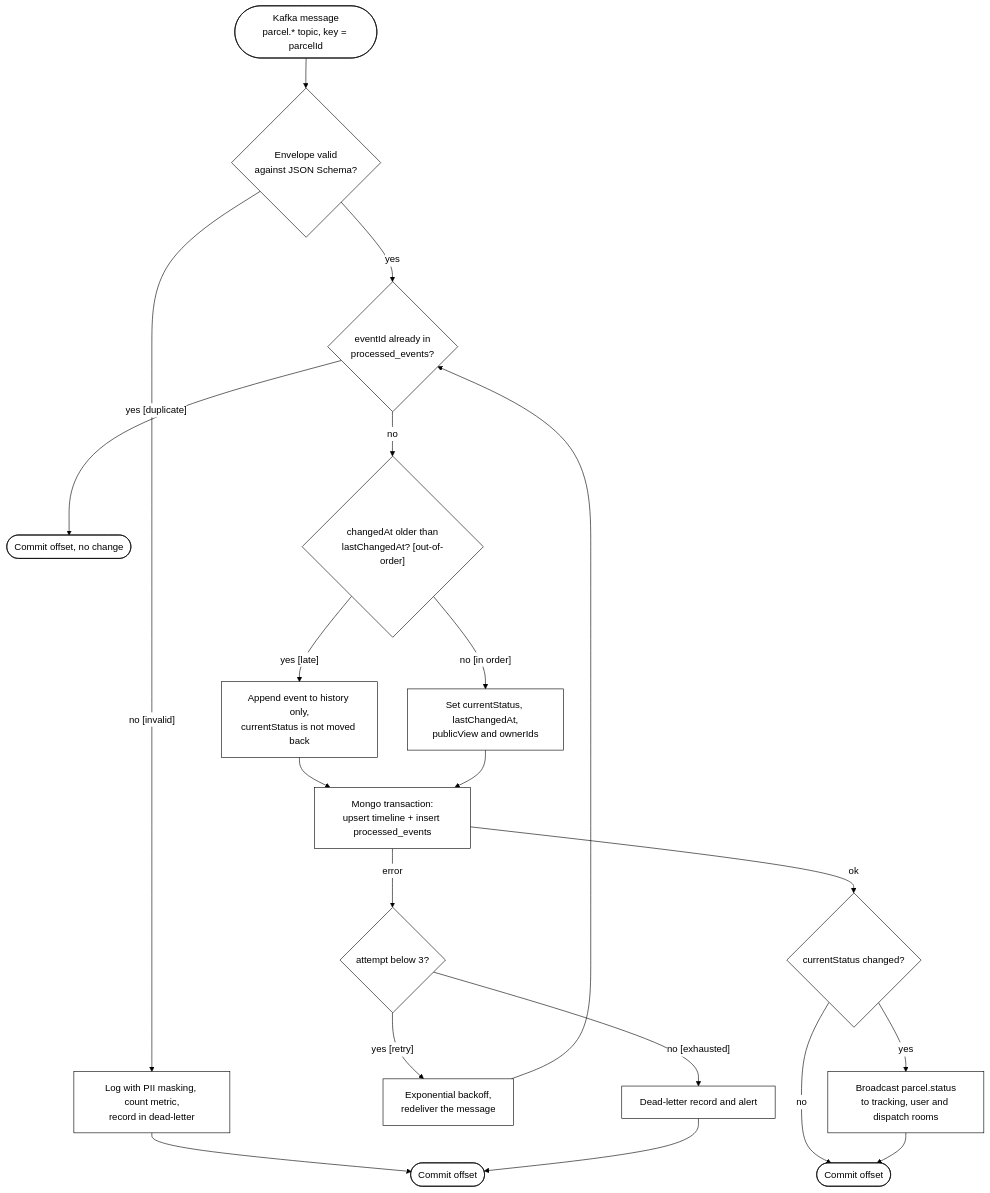
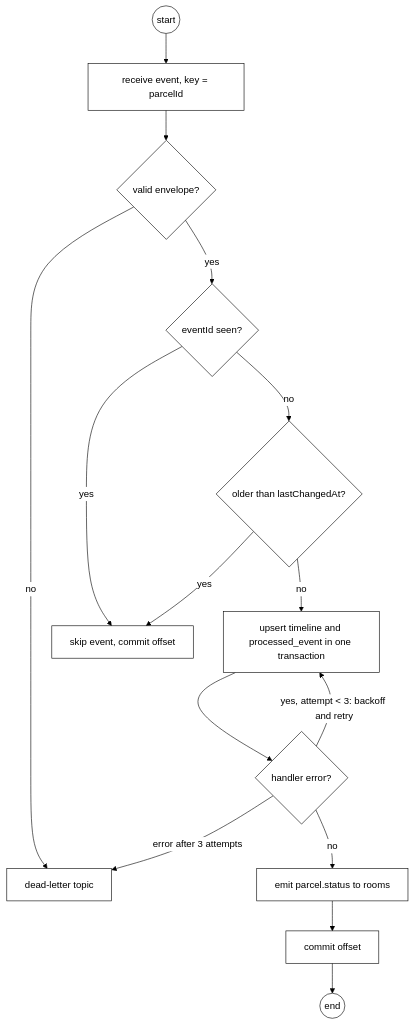
One commit to Pasidu-Mihiranga/SwiftDrop changed the diagram in doc/diagrams/m6-real-time-tracking/activity-m6-event-processing.mmd. Above: the diagram before and after it, drawn with Mermaid. The commit also changed 39 other files, not shown here.

First line of the commit message:
docs(m6): redraw real-time tracking diagrams in the M10 design style

```diff
--- a/doc/diagrams/m6-real-time-tracking/activity-m6-event-processing.mmd
+++ b/doc/diagrams/m6-real-time-tracking/activity-m6-event-processing.mmd
@@ -1,24 +1,18 @@
-%%{init: {"theme":"base","themeVariables":{"background":"#ffffff","mainBkg":"#ffffff","primaryColor":"#ffffff","primaryBorderColor":"#000000","primaryTextColor":"#000000","secondaryColor":"#f2f2f2","tertiaryColor":"#ffffff","lineColor":"#000000","textColor":"#000000","clusterBkg":"#ffffff","clusterBorder":"#000000","titleColor":"#000000","edgeLabelBackground":"#ffffff","fontFamily":"Arial, Helvetica, sans-serif"}}}%%
-%% M6 activity: how one Kafka message becomes a timeline update and a live push.
-%% Idempotent consumer (eventId in processed_events) plus out-of-order guard (lastChangedAt).
-%% Retry and dead-letter steps follow the shared consumer template in libs/node/swiftdrop-common.
+%%{init: {"theme":"base","themeVariables":{"primaryColor":"#ffffff","primaryBorderColor":"#000000","primaryTextColor":"#000000","lineColor":"#000000","background":"#ffffff","fontFamily":"Arial"}}}%%
+%% M6 event-processing activity: one parcel event through the consumer. Editable source for
+%% activity-m6-event-processing.svg / .png (hand-drawn export with swimlanes).
 flowchart TD
-    S(["Kafka message<br/>parcel.* topic, key = parcelId"]) --> V{"Envelope valid<br/>against JSON Schema?"}
-    V -- "no [invalid]" --> BAD["Log with PII masking, count metric,<br/>record in dead-letter"]
-    BAD --> ACK1(["Commit offset"])
-    V -- "yes" --> D{"eventId already in<br/>processed_events?"}
-    D -- "yes [duplicate]" --> ACK2(["Commit offset, no change"])
-    D -- "no" --> O{"changedAt older than<br/>lastChangedAt? [out-of-order]"}
-    O -- "yes [late]" --> APP["Append event to history only,<br/>currentStatus is not moved back"]
-    O -- "no [in order]" --> SET["Set currentStatus, lastChangedAt,<br/>publicView and ownerIds"]
-    APP --> TX
-    SET --> TX["Mongo transaction:<br/>upsert timeline + insert processed_events"]
-    TX -- "error" --> R{"attempt below 3?"}
-    R -- "yes [retry]" --> BO["Exponential backoff,<br/>redeliver the message"]
-    BO --> D
-    R -- "no [exhausted]" --> DLQ["Dead-letter record and alert"]
-    DLQ --> ACK1
-    TX -- "ok" --> CHG{"currentStatus changed?"}
-    CHG -- "yes" --> EMIT["Broadcast parcel.status<br/>to tracking, user and dispatch rooms"]
-    CHG -- "no" --> ACK3
-    EMIT --> ACK3(["Commit offset"])
+    S((start)) --> R["receive event, key = parcelId"]
+    R --> V{"valid envelope?"}
+    V -- "no" --> DLQ["dead-letter topic"]
+    V -- "yes" --> D{"eventId seen?"}
+    D -- "yes" --> SK["skip event, commit offset"]
+    D -- "no" --> ST{"older than lastChangedAt?"}
+    ST -- "yes" --> SK
+    ST -- "no" --> TX["upsert timeline and processed_event in one transaction"]
+    TX --> E{"handler error?"}
+    E -- "yes, attempt < 3: backoff and retry" --> TX
+    E -- "error after 3 attempts" --> DLQ
+    E -- "no" --> EM["emit parcel.status to rooms"]
+    EM --> CO["commit offset"]
+    CO --> END((end))
```
